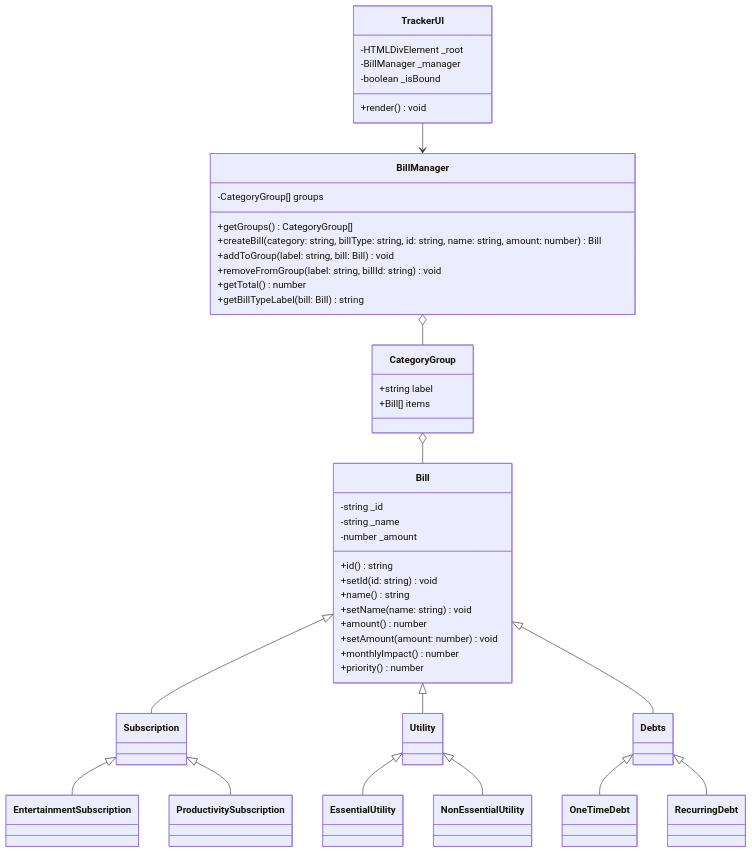
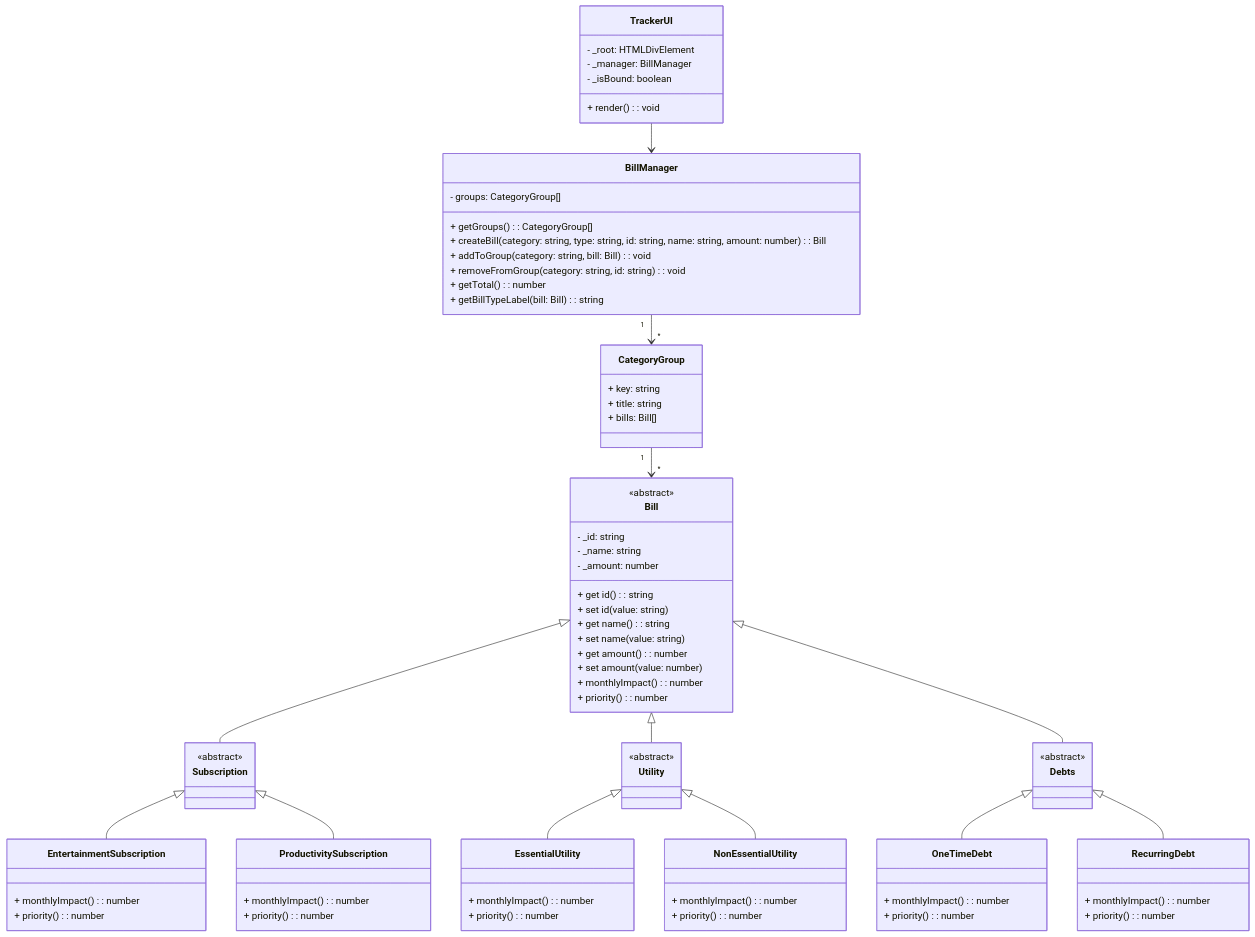
One commit to XanthPalmes/Bill_tracker changed the diagram in README.md. Above: the diagram before and after it, drawn with Mermaid.

Commit message:
Replace README UML

````diff
--- a/README.md
+++ b/README.md
@@ -7,51 +7,83 @@
 ```mermaid
 classDiagram
     class Bill {
-      -string _id
-      -string _name
-      -number _amount
-      +id() string
-      +setId(id: string) void
-      +name() string
-      +setName(name: string) void
-      +amount() number
-      +setAmount(amount: number) void
-      +monthlyImpact() number
-      +priority() number
+        <<abstract>>
+        - _id: string
+        - _name: string
+        - _amount: number
+        + get id(): string
+        + set id(value: string)
+        + get name(): string
+        + set name(value: string)
+        + get amount(): number
+        + set amount(value: number)
+        + monthlyImpact(): number
+        + priority(): number
     }
 
-    class Subscription
-    class EntertainmentSubscription
-    class ProductivitySubscription
+    class Subscription {
+        <<abstract>>
+    }
 
-    class Utility
-    class EssentialUtility
-    class NonEssentialUtility
+    class EntertainmentSubscription {
+        + monthlyImpact(): number
+        + priority(): number
+    }
 
-    class Debts
-    class OneTimeDebt
-    class RecurringDebt
+    class ProductivitySubscription {
+        + monthlyImpact(): number
+        + priority(): number
+    }
+
+    class Utility {
+        <<abstract>>
+    }
+
+    class EssentialUtility {
+        + monthlyImpact(): number
+        + priority(): number
+    }
+
+    class NonEssentialUtility {
+        + monthlyImpact(): number
+        + priority(): number
+    }
+
+    class Debts {
+        <<abstract>>
+    }
+
+    class OneTimeDebt {
+        + monthlyImpact(): number
+        + priority(): number
+    }
+
+    class RecurringDebt {
+        + monthlyImpact(): number
+        + priority(): number
+    }
+
+    class CategoryGroup {
+        + key: string
+        + title: string
+        + bills: Bill[]
+    }
 
     class BillManager {
-      -CategoryGroup[] groups
-      +getGroups() CategoryGroup[]
-      +createBill(category: string, billType: string, id: string, name: string, amount: number) Bill
-      +addToGroup(label: string, bill: Bill) void
-      +removeFromGroup(label: string, billId: string) void
-      +getTotal() number
-      +getBillTypeLabel(bill: Bill) string
+        - groups: CategoryGroup[]
+        + getGroups(): CategoryGroup[]
+        + createBill(category: string, type: string, id: string, name: string, amount: number): Bill
+        + addToGroup(category: string, bill: Bill): void
+        + removeFromGroup(category: string, id: string): void
+        + getTotal(): number
+        + getBillTypeLabel(bill: Bill): string
     }
 
     class TrackerUI {
-      -HTMLDivElement _root
-      -BillManager _manager
-      -boolean _isBound
-      +render() void
-    }
-
-    class CategoryGroup {
-      +string label
-      +Bill[] items
+        - _root: HTMLDivElement
+        - _manager: BillManager
+        - _isBound: boolean
+        + render(): void
     }
 
     Bill <|-- Subscription
@@ -66,7 +98,7 @@
     Debts <|-- OneTimeDebt
     Debts <|-- RecurringDebt
 
-    BillManager o-- CategoryGroup
-    CategoryGroup o-- Bill
+    CategoryGroup "1" --> "*" Bill
+    BillManager "1" --> "*" CategoryGroup
     TrackerUI --> BillManager
 ```
````
